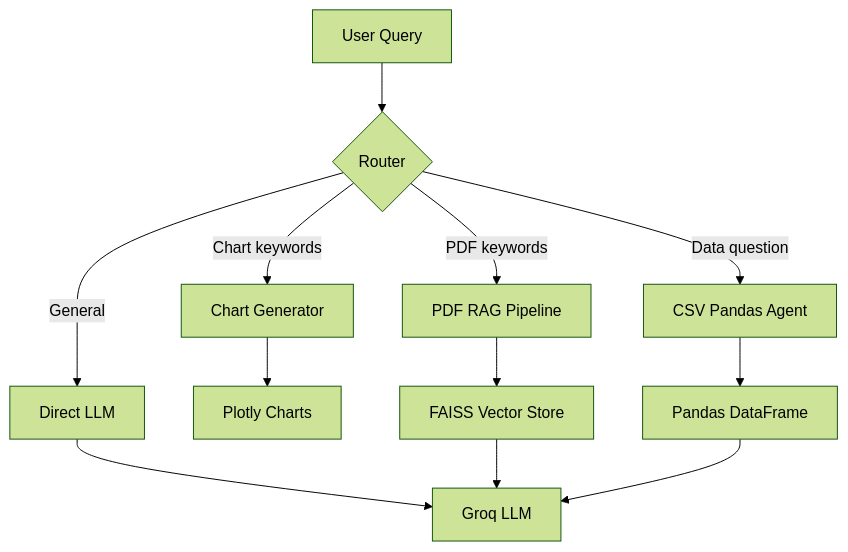
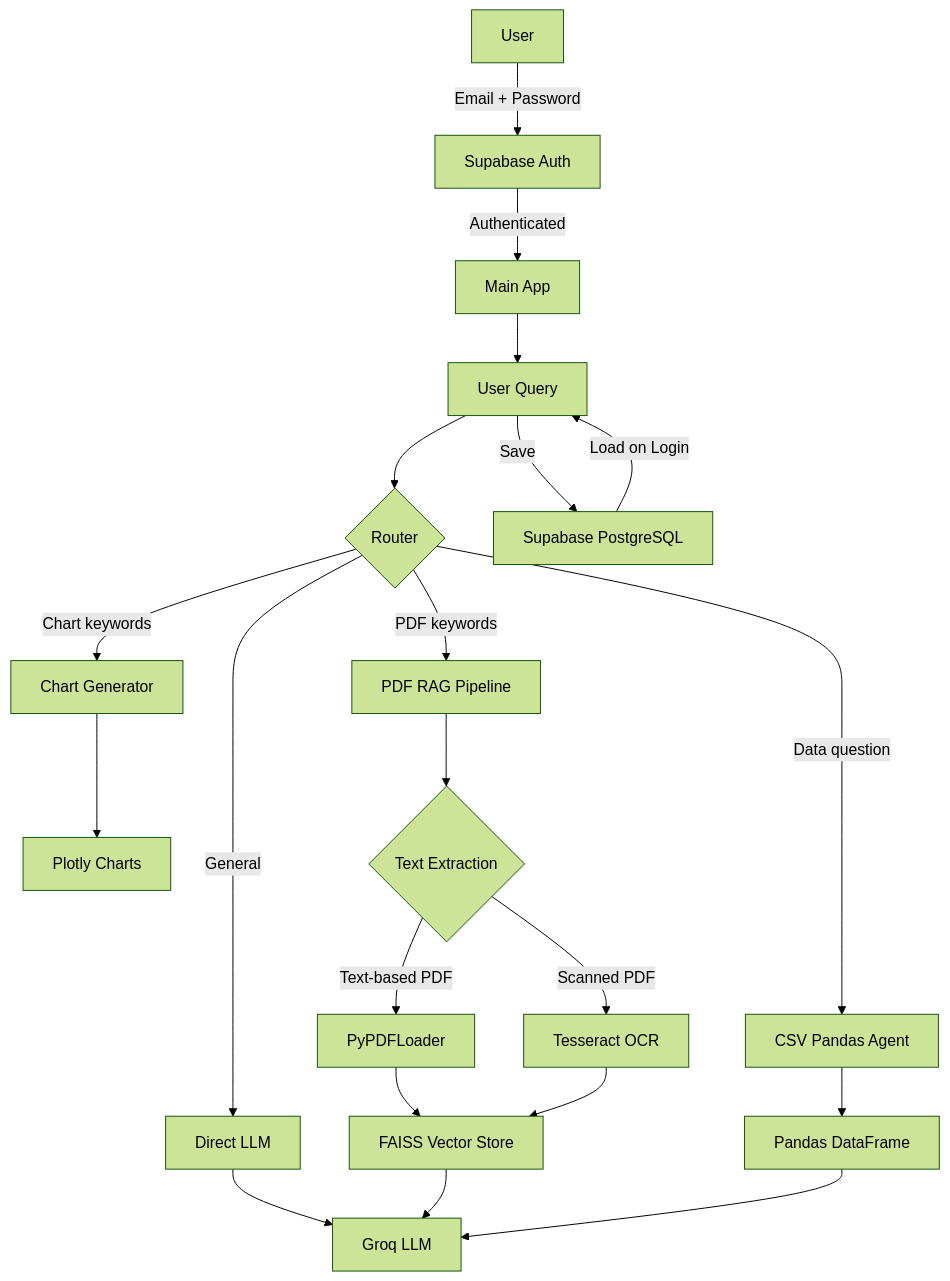
One commit to prasad-9699/ai-financial-analyst-agent changed the diagram in README.md. Above: the diagram before and after it, drawn with Mermaid (forest theme). The commit also changed other lines of this file and 14 other files, not shown here.

````diff
--- a/README.md
+++ b/README.md
@@ -27,16 +32,27 @@
 ```mermaid
 graph TB
-    A[User Query] --> B{Router}
-    B -->|Chart keywords| C[Chart Generator]
-    B -->|PDF keywords| D[PDF RAG Pipeline]
-    B -->|Data question| E[CSV Pandas Agent]
-    B -->|General| F[Direct LLM]
+    A[User] -->|Email + Password| B[Supabase Auth]
+    B -->|Authenticated| C[Main App]
 
-    C --> G[Plotly Charts]
-    D --> H[FAISS Vector Store]
-    E --> I[Pandas DataFrame]
-    F --> J[Groq LLM]
+    C --> D[User Query]
+    D --> E{Router}
+    E -->|Chart keywords| F[Chart Generator]
+    E -->|PDF keywords| G[PDF RAG Pipeline]
+    E -->|Data question| H[CSV Pandas Agent]
+    E -->|General| I[Direct LLM]
 
-    H --> J
-    I --> J
+    F --> J[Plotly Charts]
+    G --> K{Text Extraction}
+    K -->|Text-based PDF| L[PyPDFLoader]
+    K -->|Scanned PDF| M[Tesseract OCR]
+    L --> N[FAISS Vector Store]
+    M --> N
+    H --> O[Pandas DataFrame]
+    I --> P[Groq LLM]
+
+    N --> P
+    O --> P
+
+    D -->|Save| Q[Supabase PostgreSQL]
+    Q -->|Load on Login| D
 ```
````
